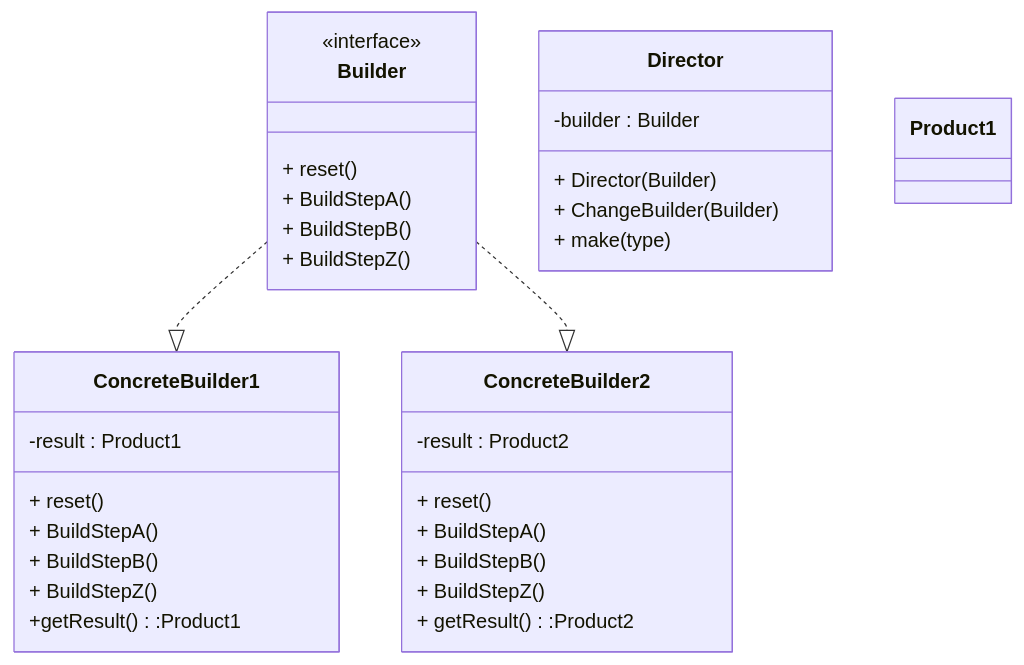
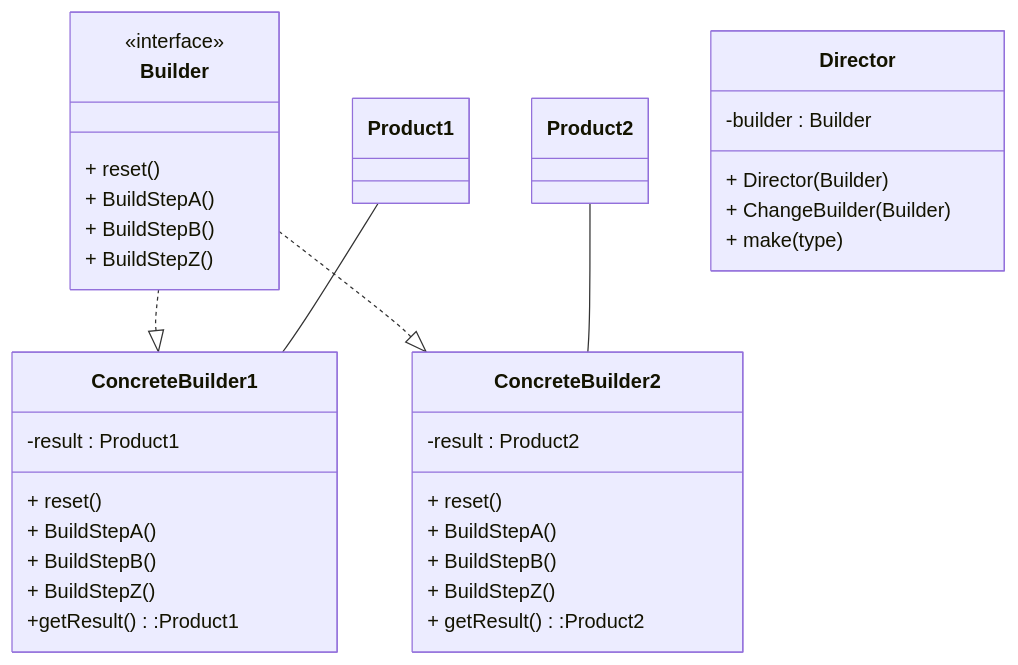
Before and after one commit to kirolossedra/Creational-Design-Patterns: the diagram in Builder/README.md, drawn with Mermaid.

````diff
--- a/Builder/README.md
+++ b/Builder/README.md
@@ -2,41 +2,45 @@
 ```mermaid
 classDiagram
 Builder ..|> ConcreteBuilder1
 Builder ..|> ConcreteBuilder2
+Product1 -- ConcreteBuilder1
+Product2 -- ConcreteBuilder2
+
 class Builder{
 <<interface>> 
     + reset()
     + BuildStepA()
     + BuildStepB()
     + BuildStepZ()
 }
 
 class Director{
 -builder : Builder
 + Director(Builder)
 + ChangeBuilder(Builder)
 + make(type)
 }
 
 class ConcreteBuilder1{
 -result : Product1
 + reset()
 + BuildStepA()
 + BuildStepB()
 + BuildStepZ()
 +getResult():Product1
 
 }
 
 class ConcreteBuilder2{
 -result : Product2
 + reset()
 + BuildStepA()
 + BuildStepB()
 + BuildStepZ()
 + getResult():Product2
 
 }
 class Product1
+class Product2
 
 ```
````
